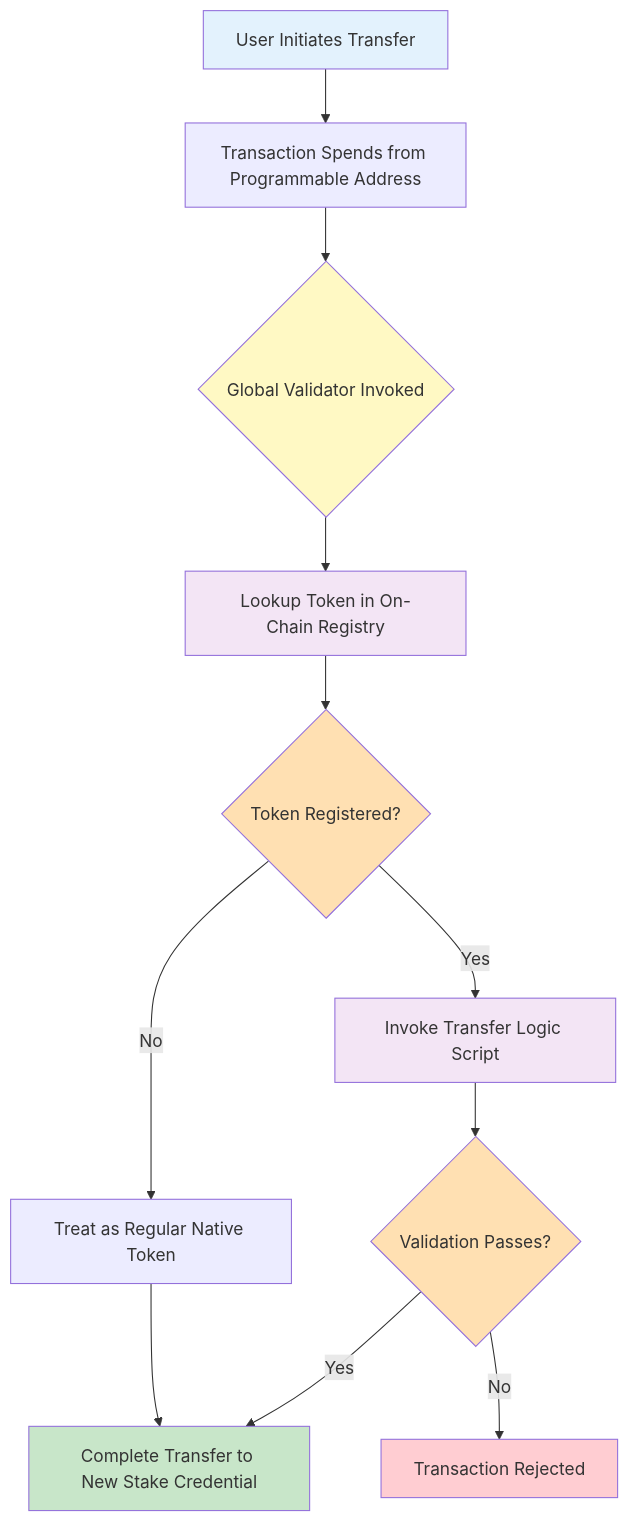
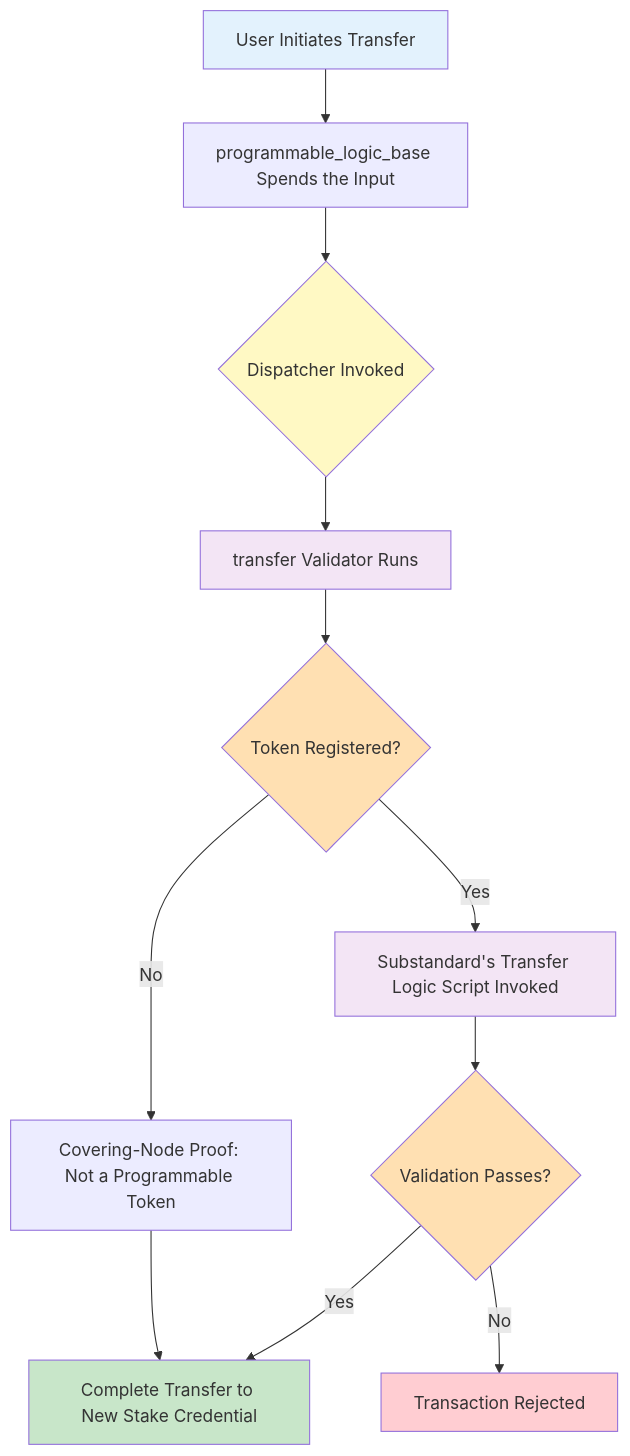
Before and after one commit to cardano-foundation/cip113-programmable-tokens: the diagram in documentation/01-INTRODUCTION.md, drawn with Mermaid. The commit also changed other lines of this file and 5 other files, not shown here.

````diff
--- a/documentation/01-INTRODUCTION.md
+++ b/documentation/01-INTRODUCTION.md
@@ -127,22 +127,22 @@
 ```mermaid
 graph TB
-    A[User Initiates Transfer] --> B[Transaction Spends from Programmable Address]
-    B --> C{Global Validator Invoked}
-    C --> D[Lookup Token in On-Chain Registry]
+    A[User Initiates Transfer] --> B[programmable_logic_base Spends the Input]
+    B --> C{Dispatcher Invoked}
+    C --> D[transfer Validator Runs]
     D --> E{Token Registered?}
-    E -->|Yes| F[Invoke Transfer Logic Script]
-    E -->|No| G[Treat as Regular Native Token]
+    E -->|Yes| F[Substandard's Transfer Logic Script Invoked]
+    E -->|No| G[Covering-Node Proof: Not a Programmable Token]
     F --> H{Validation Passes?}
     H -->|Yes| I[Complete Transfer to New Stake Credential]
     H -->|No| J[Transaction Rejected]
     G --> I
 
     style A fill:#e3f2fd
     style C fill:#fff9c4
     style D fill:#f3e5f5
     style E fill:#ffe0b2
     style F fill:#f3e5f5
     style H fill:#ffe0b2
     style I fill:#c8e6c9
     style J fill:#ffcdd2
 ```
````
